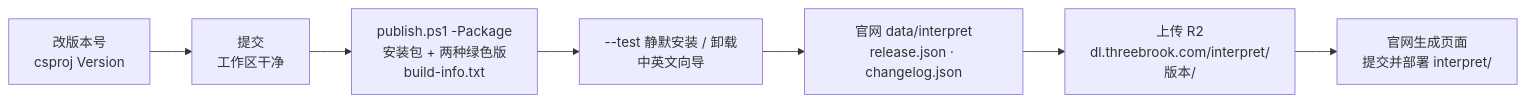
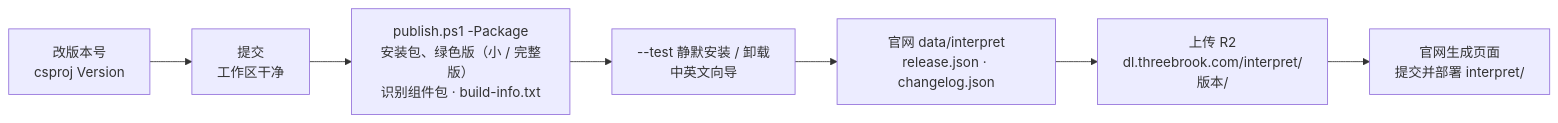
The third of 3 diagrams in README.md (ThreeBrook/Threebrook-Interpret-source), drawn with Mermaid before and after one commit. The commit also changed other lines of this file and 23 other files, not shown here.

First line of the commit message:
新增：钉图选取文字、高精度识别（PaddleOCR）、完整版安装包和绿色版

````diff
--- a/README.md
+++ b/README.md
@@ -162,9 +163,9 @@
 ```mermaid
 flowchart LR
     A["改版本号<br/>csproj Version"] --> B["提交<br/>工作区干净"]
-    B --> C["publish.ps1 -Package<br/>安装包 + 两种绿色版<br/>build-info.txt"]
+    B --> C["publish.ps1 -Package<br/>安装包、绿色版（小 / 完整版）<br/>识别组件包 · build-info.txt"]
     C --> D["--test 静默安装 / 卸载<br/>中英文向导"]
     D --> E["官网 data/interpret<br/>release.json · changelog.json"]
     E --> F["上传 R2<br/>dl.threebrook.com/interpret/版本/"]
     F --> G["官网生成页面<br/>提交并部署 interpret/"]
 ```
````
